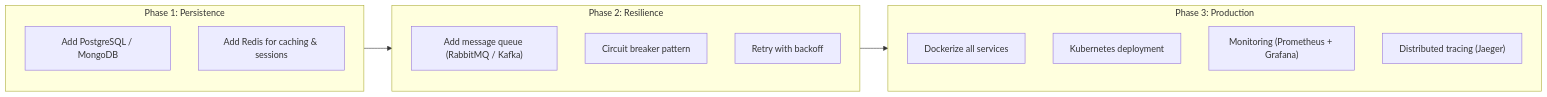
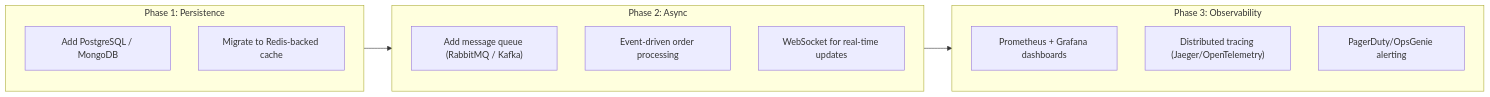
Diagram 18 of 18 in ecommerce/docs/ARCHITECTURE.md (nikhil2128/ai-projects), drawn with Mermaid before and after one commit. The commit also changed other lines of this file and 46 other files, not shown here.

````diff
--- a/ecommerce/docs/ARCHITECTURE.md
+++ b/ecommerce/docs/ARCHITECTURE.md
@@ -891,22 +1011,21 @@
 ```mermaid
 graph LR
     subgraph Phase1["Phase 1: Persistence"]
         DB["Add PostgreSQL / MongoDB"]
-        REDIS["Add Redis for caching & sessions"]
+        REDIS2["Migrate to Redis-backed cache"]
     end
 
-    subgraph Phase2["Phase 2: Resilience"]
+    subgraph Phase2["Phase 2: Async"]
         MQ["Add message queue (RabbitMQ / Kafka)"]
-        CB["Circuit breaker pattern"]
-        RETRY["Retry with backoff"]
+        EVENTS["Event-driven order processing"]
+        WEBSOCKET["WebSocket for real-time updates"]
     end
 
-    subgraph Phase3["Phase 3: Production"]
-        DOCKER["Dockerize all services"]
-        K8S["Kubernetes deployment"]
-        MON["Monitoring (Prometheus + Grafana)"]
-        TRACE["Distributed tracing (Jaeger)"]
+    subgraph Phase3["Phase 3: Observability"]
+        MON["Prometheus + Grafana dashboards"]
+        TRACE["Distributed tracing (Jaeger/OpenTelemetry)"]
+        ALERTS["PagerDuty/OpsGenie alerting"]
     end
 
     Phase1 --> Phase2 --> Phase3
 ```
````
